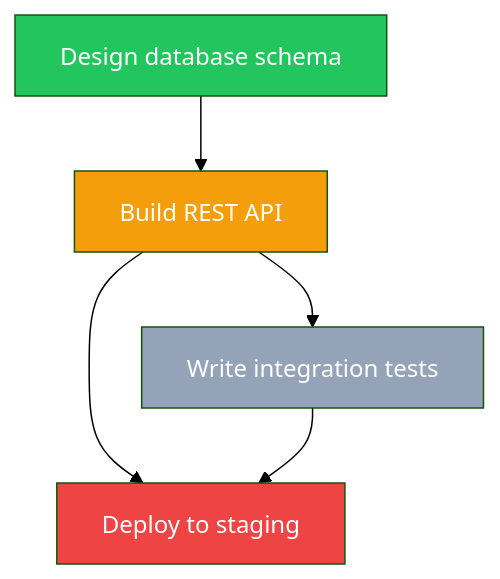
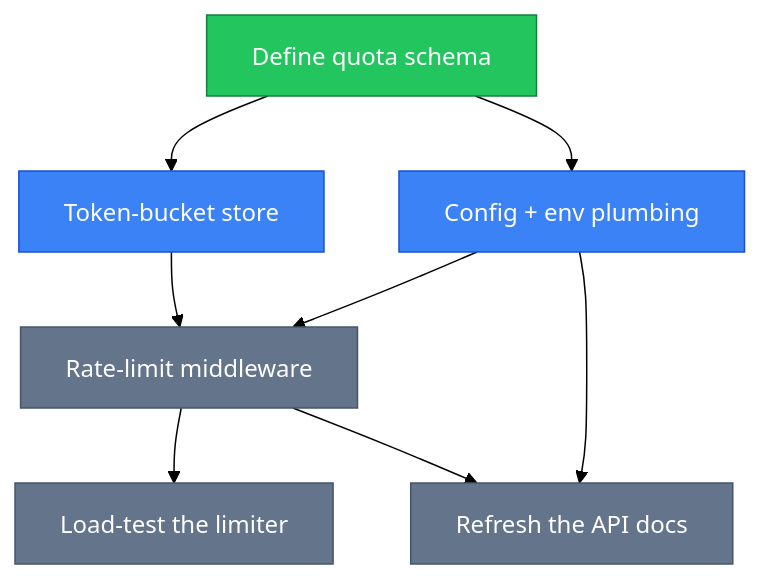
Before and after one commit to rryando/arcs: the diagram in README.md, drawn with Mermaid (forest theme). The commit also changed other lines of this file and 1 other file, not shown here.

First line of the commit message:
docs(readme): 5W1H rewrite with graph DAG example

````diff
--- a/README.md
+++ b/README.md
@@ -139,17 +140,21 @@
 ```mermaid
 flowchart TD
-    T001["Design database schema"]:::done
-    T002["Build REST API"]:::inProgress
-    T003["Write integration tests"]:::backlog
-    T004["Deploy to staging"]:::blocked
+    schema["Define quota schema"]:::done
+    store["Token-bucket store"]:::ready
+    config["Config + env plumbing"]:::ready
+    middleware["Rate-limit middleware"]:::blocked
+    loadtest["Load-test the limiter"]:::blocked
+    docs["Refresh the API docs"]:::blocked
 
-    T001 --> T002
-    T002 --> T003
-    T002 --> T004
-    T003 --> T004
+    schema --> store
+    schema --> config
+    store --> middleware
+    config --> middleware
+    config --> docs
+    middleware --> loadtest
+    middleware --> docs
 
-    classDef done fill:#22c55e,color:#fff
-    classDef inProgress fill:#f59e0b,color:#fff
-    classDef backlog fill:#94a3b8,color:#fff
-    classDef blocked fill:#ef4444,color:#fff
+    classDef done fill:#22c55e,stroke:#15803d,color:#fff
+    classDef ready fill:#3b82f6,stroke:#1d4ed8,color:#fff
+    classDef blocked fill:#64748b,stroke:#475569,color:#fff
 ```
````
